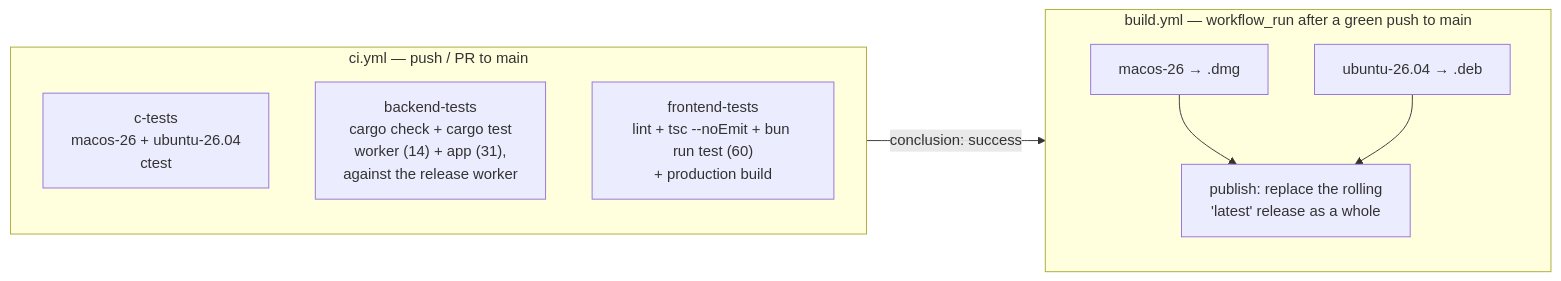
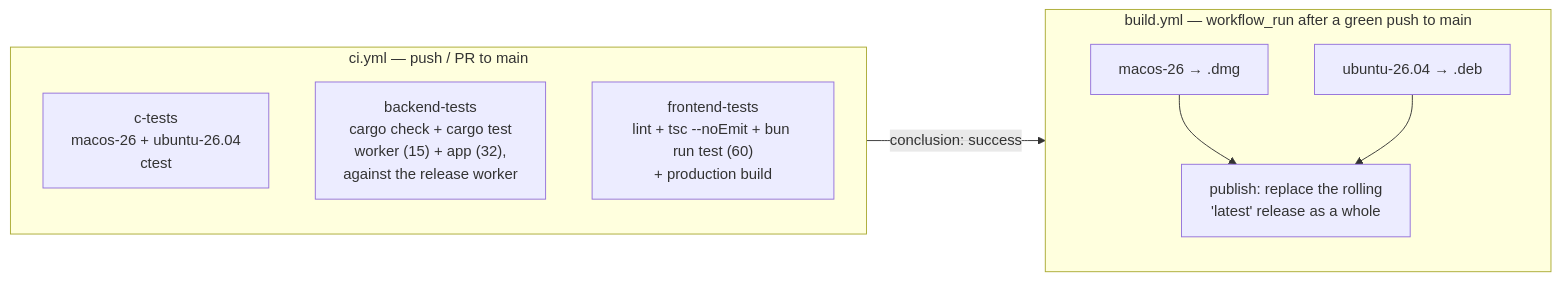
Before and after one commit to sersergious/surface-evolver: the sixth of 6 diagrams in ARCHITECTURE.md, drawn with Mermaid. The commit also changed other lines of this file and 13 other files, not shown here.

````diff
--- a/ARCHITECTURE.md
+++ b/ARCHITECTURE.md
@@ -299,17 +299,17 @@
 ```mermaid
 flowchart LR
     subgraph CI["ci.yml — push / PR to main"]
         direction TB
         C1["c-tests<br/>macos-26 + ubuntu-26.04<br/>ctest"]
-        C2["backend-tests<br/>cargo check + cargo test<br/>worker (14) + app (31),<br/>against the release worker"]
+        C2["backend-tests<br/>cargo check + cargo test<br/>worker (15) + app (32),<br/>against the release worker"]
         C3["frontend-tests<br/>lint + tsc --noEmit + bun run test (60)<br/>+ production build"]
     end
     subgraph BUILD["build.yml — workflow_run after a green push to main"]
         direction TB
         B1["macos-26 → .dmg"]
         B2["ubuntu-26.04 → .deb"]
         B1 --> REL["publish: replace the rolling<br/>'latest' release as a whole"]
         B2 --> REL
     end
     CI -- "conclusion: success" --> BUILD
 ```
````
